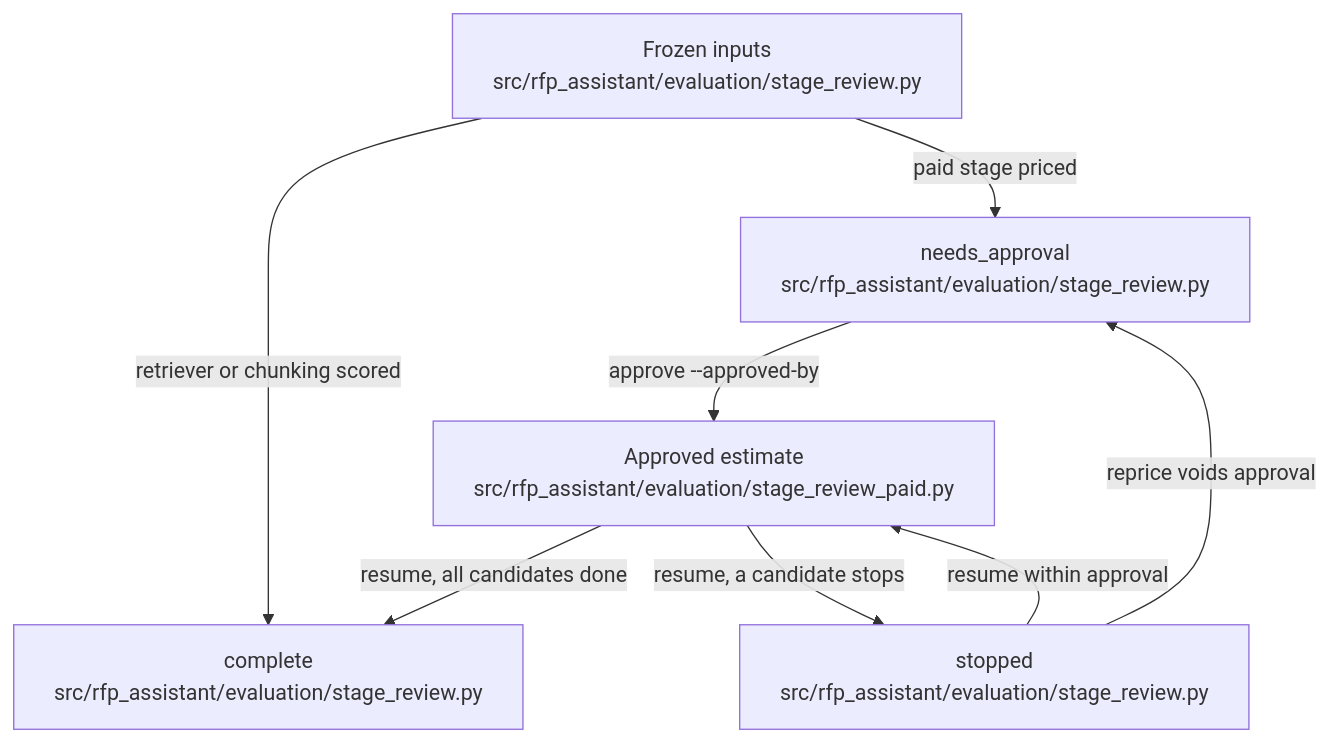
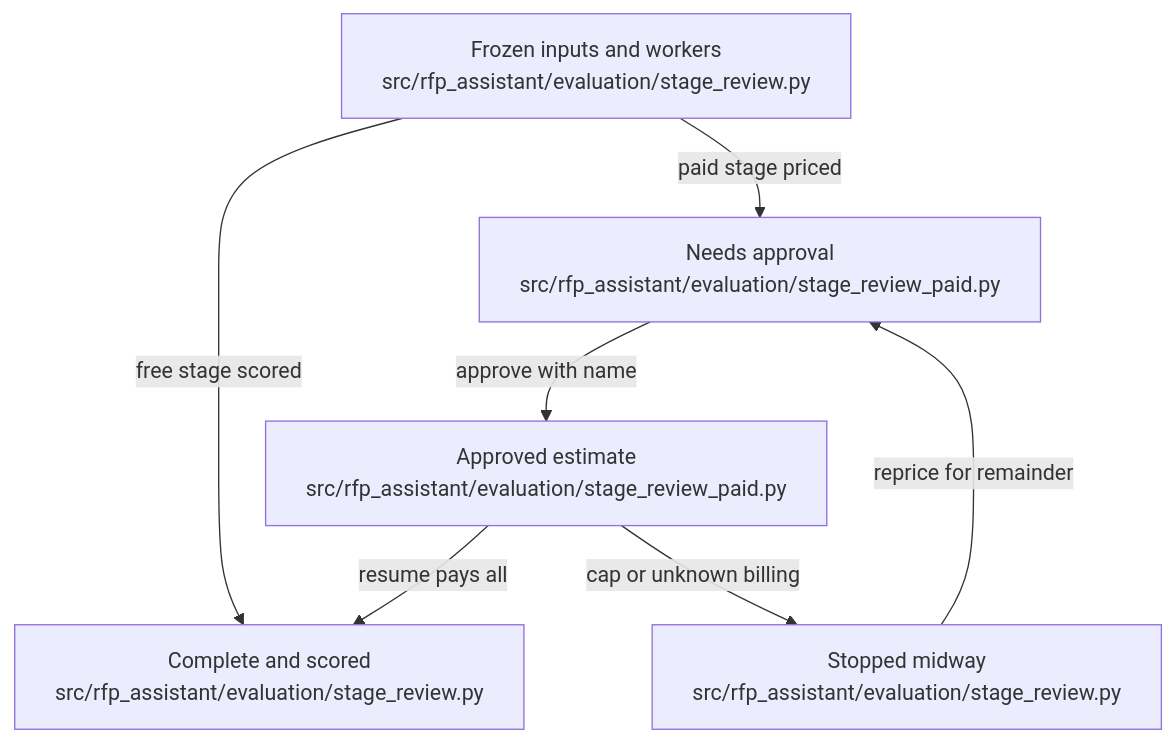
The diagram in .omm/state-transitions/stage-review-run/diagram.mmd (littleeeeebit/project-codeit-mid), drawn with Mermaid before and after one commit. The commit also changed 367 other files, not shown here.

```diff
--- a/.omm/state-transitions/stage-review-run/diagram.mmd
+++ b/.omm/state-transitions/stage-review-run/diagram.mmd
@@ -1,13 +1,12 @@
 graph TD
-  frozen-inputs["Frozen inputs\nsrc/rfp_assistant/evaluation/stage_review.py"]
-  needs-approval["needs_approval\nsrc/rfp_assistant/evaluation/stage_review.py"]
-  approved-estimate["Approved estimate\nsrc/rfp_assistant/evaluation/stage_review_paid.py"]
-  stopped["stopped\nsrc/rfp_assistant/evaluation/stage_review.py"]
-  complete["complete\nsrc/rfp_assistant/evaluation/stage_review.py"]
-  frozen-inputs -->|"retriever or chunking scored"| complete
-  frozen-inputs -->|"paid stage priced"| needs-approval
-  needs-approval -->|"approve --approved-by"| approved-estimate
-  approved-estimate -->|"resume, all candidates done"| complete
-  approved-estimate -->|"resume, a candidate stops"| stopped
-  stopped -->|"resume within approval"| approved-estimate
-  stopped -->|"reprice voids approval"| needs-approval
+  frozen-inputs["Frozen inputs and workers\nsrc/rfp_assistant/evaluation/stage_review.py"]
+  needs-approval["Needs approval\nsrc/rfp_assistant/evaluation/stage_review_paid.py"]
+  approved["Approved estimate\nsrc/rfp_assistant/evaluation/stage_review_paid.py"]
+  stopped["Stopped midway\nsrc/rfp_assistant/evaluation/stage_review.py"]
+  complete["Complete and scored\nsrc/rfp_assistant/evaluation/stage_review.py"]
+  frozen-inputs -->|free stage scored| complete
+  frozen-inputs -->|paid stage priced| needs-approval
+  needs-approval -->|approve with name| approved
+  approved -->|resume pays all| complete
+  approved -->|cap or unknown billing| stopped
+  stopped -->|reprice for remainder| needs-approval
```
